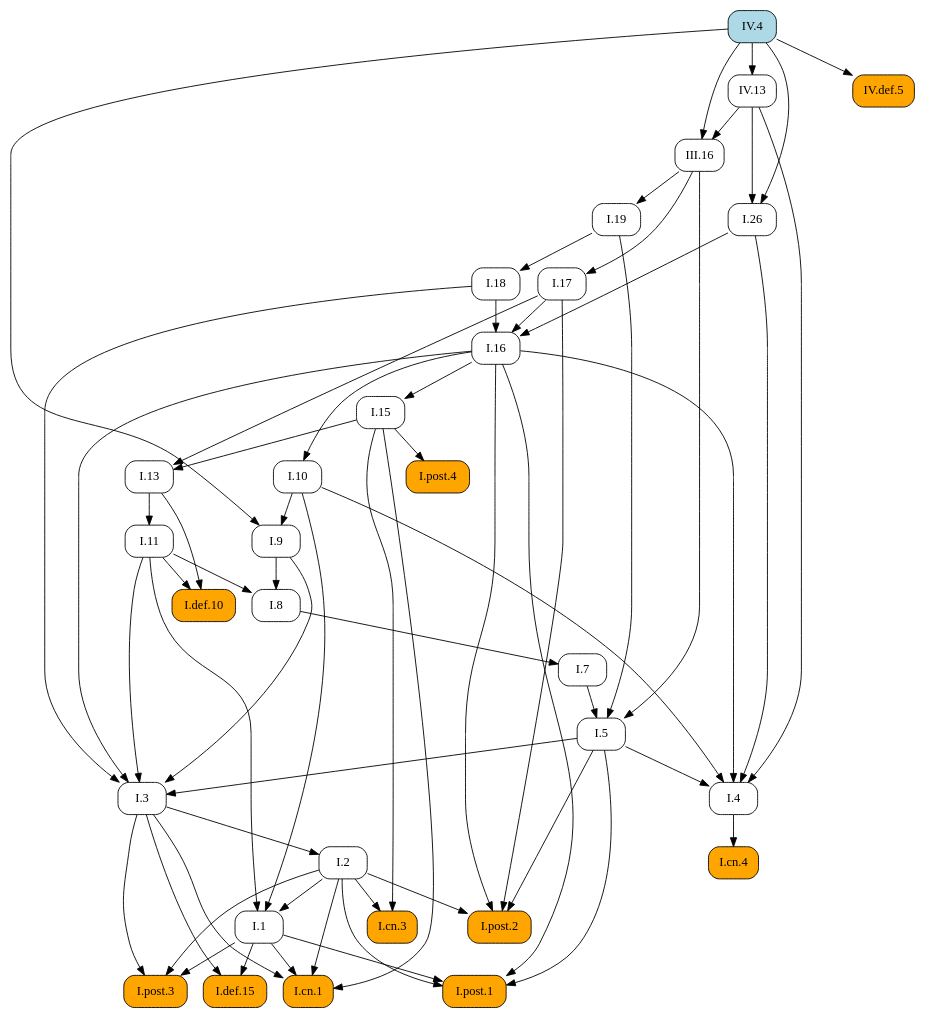
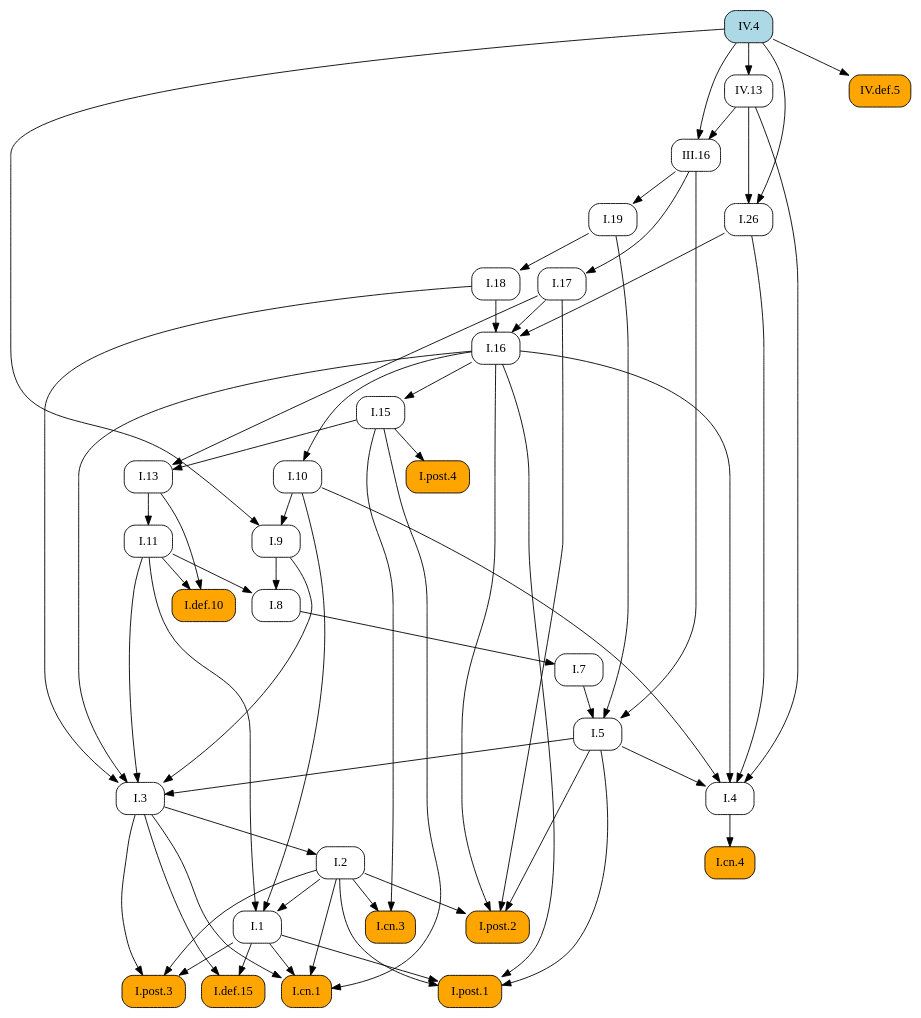
Before and after one commit to geometor/elements: the diagram in docsrc/elements2/IV/4/index.rst, drawn with Graphviz. The commit also changed other lines of this file and 171 other files, not shown here.

```diff
--- a/docsrc/elements2/IV/4/index.rst
+++ b/docsrc/elements2/IV/4/index.rst
@@ -84,96 +84,96 @@
    digraph {
      rankdir="TB";
      node [shape=box, style=rounded];
+     "I.8" [URL="/elements2/I/8/", target="_top"];
+     "I.post.3" [style="rounded,filled", fillcolor=orange, URL="/elements2/I/post.3/", target="_top"];
+     "I.19" [URL="/elements2/I/19/", target="_top"];
+     "I.1" [URL="/elements2/I/1/", target="_top"];
+     "I.cn.4" [style="rounded,filled", fillcolor=orange, URL="/elements2/I/cn.4/", target="_top"];
+     "I.cn.3" [style="rounded,filled", fillcolor=orange, URL="/elements2/I/cn.3/", target="_top"];
+     "I.7" [URL="/elements2/I/7/", target="_top"];
+     "I.17" [URL="/elements2/I/17/", target="_top"];
+     "I.post.1" [style="rounded,filled", fillcolor=orange, URL="/elements2/I/post.1/", target="_top"];
+     "I.9" [URL="/elements2/I/9/", target="_top"];
+     "I.5" [URL="/elements2/I/5/", target="_top"];
+     "IV.4" [style="rounded,filled", fillcolor=lightblue, URL="/elements2/IV/4/", target="_top"];
+     "I.cn.1" [style="rounded,filled", fillcolor=orange, URL="/elements2/I/cn.1/", target="_top"];
      "I.16" [URL="/elements2/I/16/", target="_top"];
      "I.def.10" [style="rounded,filled", fillcolor=orange, URL="/elements2/I/def.10/", target="_top"];
+     "I.18" [URL="/elements2/I/18/", target="_top"];
+     "I.13" [URL="/elements2/I/13/", target="_top"];
+     "I.post.4" [style="rounded,filled", fillcolor=orange, URL="/elements2/I/post.4/", target="_top"];
+     "I.2" [URL="/elements2/I/2/", target="_top"];
+     "IV.def.5" [style="rounded,filled", fillcolor=orange, URL="/elements2/IV/def.5/", target="_top"];
+     "I.def.15" [style="rounded,filled", fillcolor=orange, URL="/elements2/I/def.15/", target="_top"];
+     "I.4" [URL="/elements2/I/4/", target="_top"];
+     "IV.13" [URL="/elements2/IV/13/", target="_top"];
+     "I.11" [URL="/elements2/I/11/", target="_top"];
+     "I.10" [URL="/elements2/I/10/", target="_top"];
      "III.16" [URL="/elements2/III/16/", target="_top"];
-     "I.9" [URL="/elements2/I/9/", target="_top"];
-     "I.18" [URL="/elements2/I/18/", target="_top"];
-     "I.8" [URL="/elements2/I/8/", target="_top"];
-     "I.2" [URL="/elements2/I/2/", target="_top"];
      "I.15" [URL="/elements2/I/15/", target="_top"];
+     "I.3" [URL="/elements2/I/3/", target="_top"];
+     "I.post.2" [style="rounded,filled", fillcolor=orange, URL="/elements2/I/post.2/", target="_top"];
      "I.26" [URL="/elements2/I/26/", target="_top"];
-     "I.cn.4" [style="rounded,filled", fillcolor=orange, URL="/elements2/I/cn.4/", target="_top"];
-     "I.def.15" [style="rounded,filled", fillcolor=orange, URL="/elements2/I/def.15/", target="_top"];
-     "I.post.3" [style="rounded,filled", fillcolor=orange, URL="/elements2/I/post.3/", target="_top"];
-     "IV.4" [style="rounded,filled", fillcolor=lightblue, URL="/elements2/IV/4/", target="_top"];
-     "I.1" [URL="/elements2/I/1/", target="_top"];
-     "IV.13" [URL="/elements2/IV/13/", target="_top"];
-     "I.post.2" [style="rounded,filled", fillcolor=orange, URL="/elements2/I/post.2/", target="_top"];
-     "I.13" [URL="/elements2/I/13/", target="_top"];
-     "I.10" [URL="/elements2/I/10/", target="_top"];
-     "I.post.1" [style="rounded,filled", fillcolor=orange, URL="/elements2/I/post.1/", target="_top"];
-     "I.7" [URL="/elements2/I/7/", target="_top"];
-     "I.post.4" [style="rounded,filled", fillcolor=orange, URL="/elements2/I/post.4/", target="_top"];
-     "I.cn.1" [style="rounded,filled", fillcolor=orange, URL="/elements2/I/cn.1/", target="_top"];
-     "I.3" [URL="/elements2/I/3/", target="_top"];
-     "I.cn.3" [style="rounded,filled", fillcolor=orange, URL="/elements2/I/cn.3/", target="_top"];
-     "I.11" [URL="/elements2/I/11/", target="_top"];
-     "I.17" [URL="/elements2/I/17/", target="_top"];
-     "I.19" [URL="/elements2/I/19/", target="_top"];
-     "IV.def.5" [style="rounded,filled", fillcolor=orange, URL="/elements2/IV/def.5/", target="_top"];
-     "I.5" [URL="/elements2/I/5/", target="_top"];
-     "I.4" [URL="/elements2/I/4/", target="_top"];
+     "I.9" -> "I.8";
+     "I.11" -> "I.8";
+     "I.1" -> "I.post.3";
+     "I.2" -> "I.post.3";
+     "I.3" -> "I.post.3";
+     "III.16" -> "I.19";
+     "I.2" -> "I.1";
+     "I.10" -> "I.1";
+     "I.11" -> "I.1";
+     "I.4" -> "I.cn.4";
+     "I.2" -> "I.cn.3";
+     "I.15" -> "I.cn.3";
+     "I.8" -> "I.7";
+     "III.16" -> "I.17";
+     "I.1" -> "I.post.1";
+     "I.2" -> "I.post.1";
+     "I.5" -> "I.post.1";
+     "I.16" -> "I.post.1";
+     "I.10" -> "I.9";
+     "IV.4" -> "I.9";
+     "I.7" -> "I.5";
+     "I.19" -> "I.5";
+     "III.16" -> "I.5";
+     "I.1" -> "I.cn.1";
+     "I.2" -> "I.cn.1";
+     "I.3" -> "I.cn.1";
+     "I.15" -> "I.cn.1";
      "I.17" -> "I.16";
      "I.18" -> "I.16";
      "I.26" -> "I.16";
      "I.11" -> "I.def.10";
      "I.13" -> "I.def.10";
+     "I.19" -> "I.18";
+     "I.15" -> "I.13";
+     "I.17" -> "I.13";
+     "I.15" -> "I.post.4";
+     "I.3" -> "I.2";
+     "IV.4" -> "IV.def.5";
+     "I.1" -> "I.def.15";
+     "I.3" -> "I.def.15";
+     "I.5" -> "I.4";
+     "I.10" -> "I.4";
+     "I.16" -> "I.4";
+     "I.26" -> "I.4";
+     "IV.13" -> "I.4";
+     "IV.4" -> "IV.13";
+     "I.13" -> "I.11";
+     "I.16" -> "I.10";
      "IV.4" -> "III.16";
      "IV.13" -> "III.16";
-     "I.10" -> "I.9";
-     "IV.4" -> "I.9";
-     "I.19" -> "I.18";
-     "I.9" -> "I.8";
-     "I.11" -> "I.8";
-     "I.3" -> "I.2";
      "I.16" -> "I.15";
-     "IV.4" -> "I.26";
-     "IV.13" -> "I.26";
-     "I.4" -> "I.cn.4";
-     "I.1" -> "I.def.15";
-     "I.3" -> "I.def.15";
-     "I.1" -> "I.post.3";
-     "I.2" -> "I.post.3";
-     "I.3" -> "I.post.3";
-     "I.2" -> "I.1";
-     "I.10" -> "I.1";
-     "I.11" -> "I.1";
-     "IV.4" -> "IV.13";
-     "I.2" -> "I.post.2";
-     "I.5" -> "I.post.2";
-     "I.16" -> "I.post.2";
-     "I.17" -> "I.post.2";
-     "I.15" -> "I.13";
-     "I.17" -> "I.13";
-     "I.16" -> "I.10";
-     "I.1" -> "I.post.1";
-     "I.2" -> "I.post.1";
-     "I.5" -> "I.post.1";
-     "I.16" -> "I.post.1";
-     "I.8" -> "I.7";
-     "I.15" -> "I.post.4";
-     "I.1" -> "I.cn.1";
-     "I.2" -> "I.cn.1";
-     "I.3" -> "I.cn.1";
-     "I.15" -> "I.cn.1";
      "I.5" -> "I.3";
      "I.9" -> "I.3";
      "I.11" -> "I.3";
      "I.16" -> "I.3";
      "I.18" -> "I.3";
-     "I.2" -> "I.cn.3";
-     "I.15" -> "I.cn.3";
-     "I.13" -> "I.11";
-     "III.16" -> "I.17";
-     "III.16" -> "I.19";
-     "IV.4" -> "IV.def.5";
-     "I.7" -> "I.5";
-     "I.19" -> "I.5";
-     "III.16" -> "I.5";
-     "I.5" -> "I.4";
-     "I.10" -> "I.4";
-     "I.16" -> "I.4";
-     "I.26" -> "I.4";
-     "IV.13" -> "I.4";
+     "I.2" -> "I.post.2";
+     "I.5" -> "I.post.2";
+     "I.16" -> "I.post.2";
+     "I.17" -> "I.post.2";
+     "IV.4" -> "I.26";
+     "IV.13" -> "I.26";
    }
```
